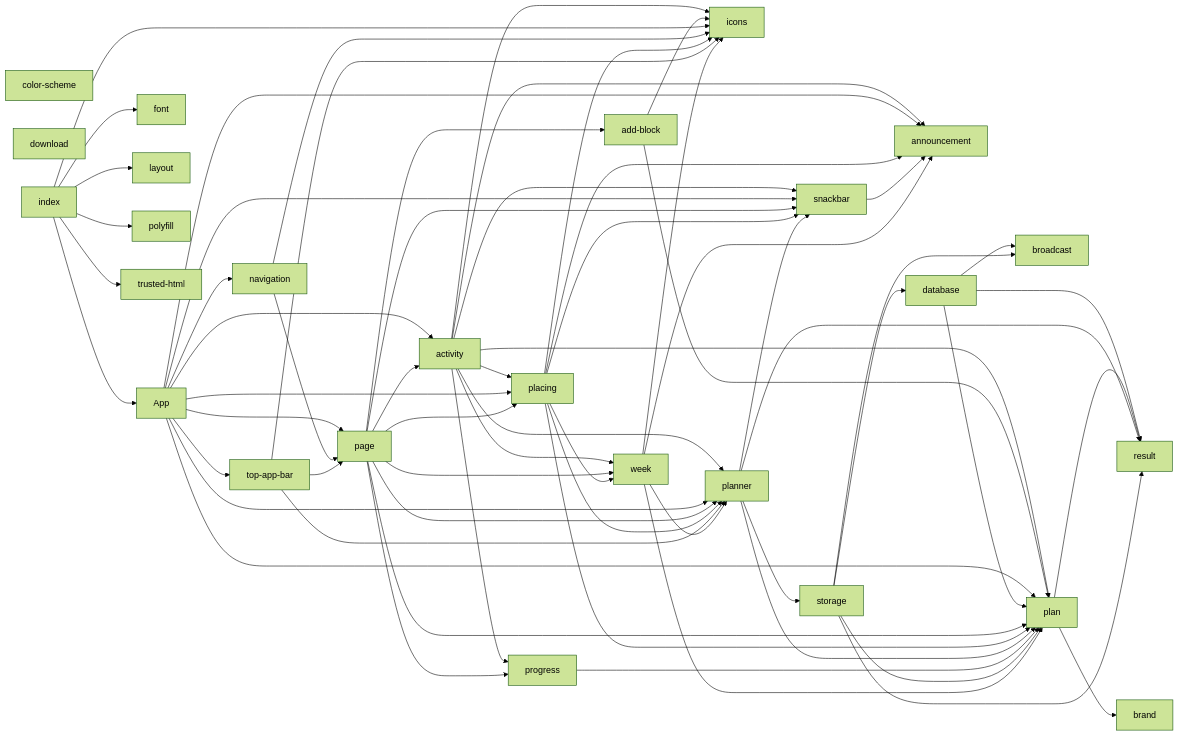
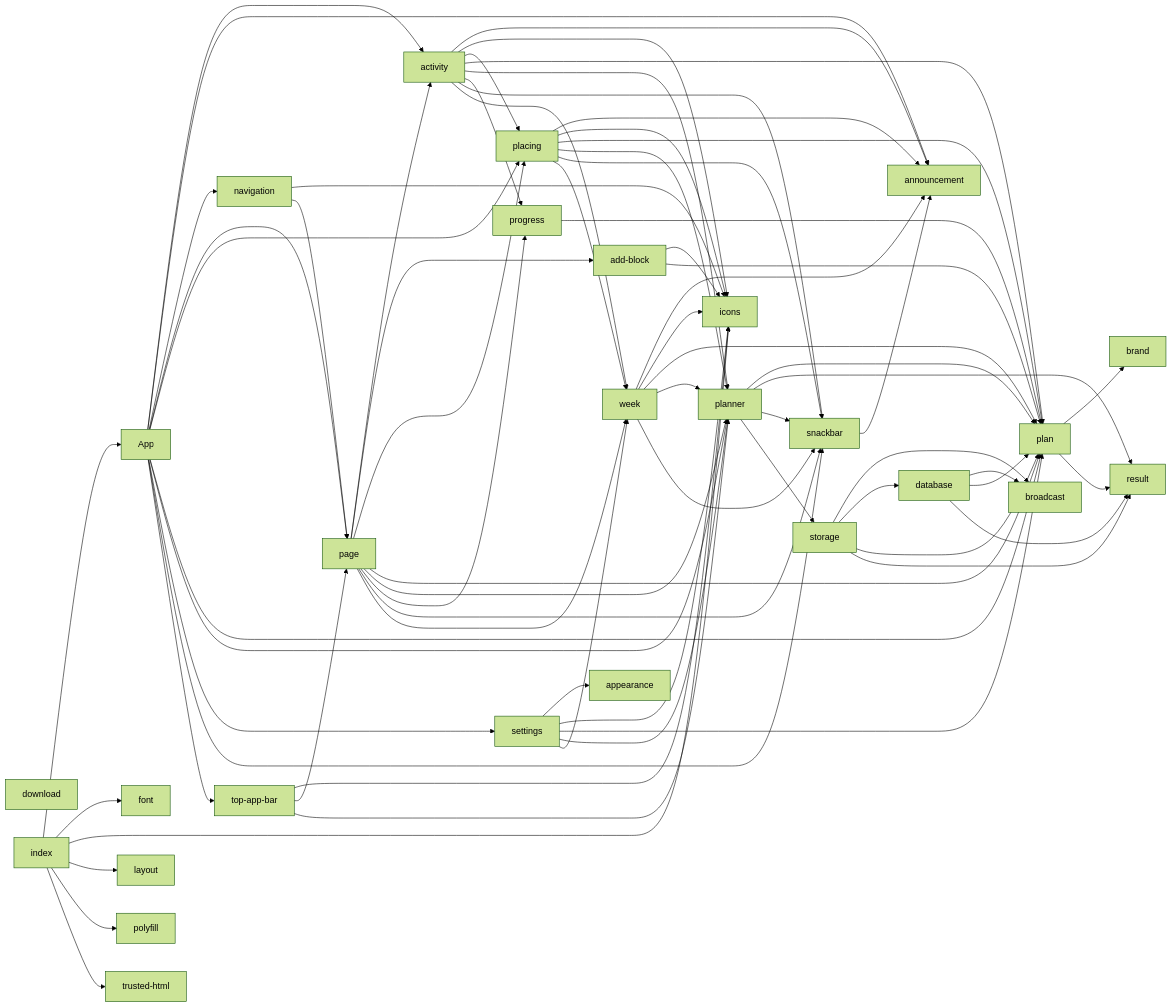
One commit to SantaClaas/week-budget-planner changed the diagram in docs/MODULES.md. Above: the diagram before and after it, drawn with Mermaid (forest theme). The commit also changed 19 other files, not shown here.

First line of the commit message:
Settings: Appearance, and the week tools for the day hours and clearing

````diff
--- a/docs/MODULES.md
+++ b/docs/MODULES.md
@@ -12,9 +12,9 @@
   module_activity["activity"]
   module_add_block["add-block"]
   module_announcement["announcement"]
+  module_appearance["appearance"]
   module_brand["brand"]
   module_broadcast["broadcast"]
-  module_color_scheme["color-scheme"]
   module_database["database"]
   module_download["download"]
   module_font["font"]
@@ -29,6 +29,7 @@
   module_polyfill["polyfill"]
   module_progress["progress"]
   module_result["result"]
+  module_settings["settings"]
   module_snackbar["snackbar"]
   module_storage["storage"]
   module_top_app_bar["top-app-bar"]
@@ -51,6 +52,7 @@
   module_App --> module_placing
   module_App --> module_plan
   module_App --> module_planner
+  module_App --> module_settings
   module_App --> module_snackbar
   module_App --> module_top_app_bar
   module_database --> module_broadcast
@@ -85,6 +87,11 @@
   module_planner --> module_snackbar
   module_planner --> module_storage
   module_progress --> module_plan
+  module_settings --> module_appearance
+  module_settings --> module_icons
+  module_settings --> module_plan
+  module_settings --> module_planner
+  module_settings --> module_week
   module_snackbar --> module_announcement
   module_storage --> module_broadcast
   module_storage --> module_database
@@ -97,4 +104,5 @@
   module_week --> module_icons
   module_week --> module_plan
   module_week --> module_planner
+  module_week --> module_snackbar
 ```
````
